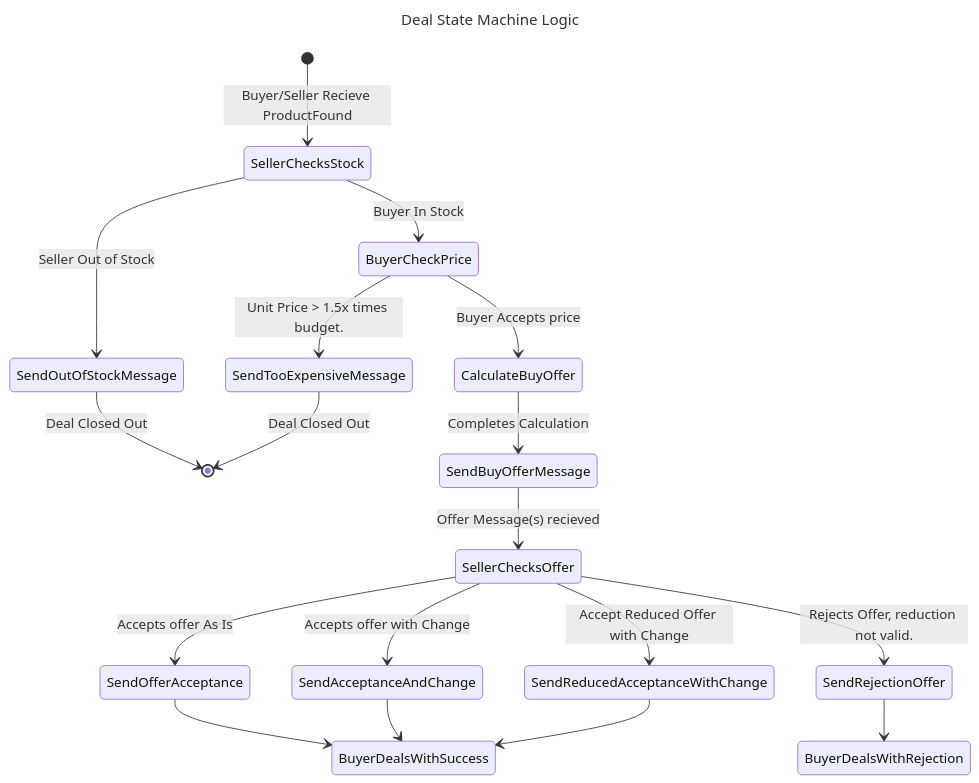
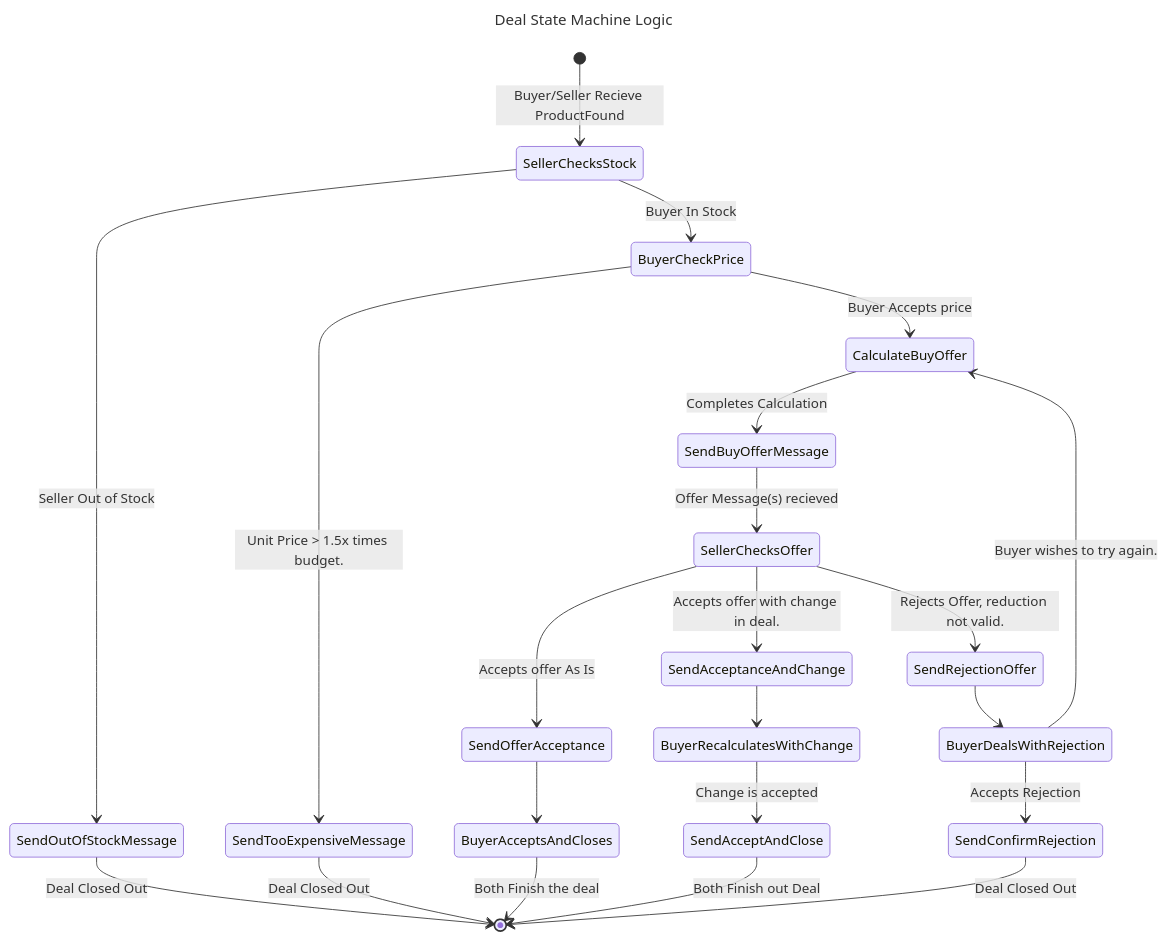
Before and after one commit to JeremyDaug/EconomicCalculator: the third of 3 diagrams in political_economy_core/src/objects/buy_and_sell_notes.md, drawn with Mermaid. The commit also changed 3 other files, not shown here.

````diff
--- a/political_economy_core/src/objects/buy_and_sell_notes.md
+++ b/political_economy_core/src/objects/buy_and_sell_notes.md
@@ -113,27 +113,35 @@
 ```mermaid
 ---
 title: Deal State Machine Logic
 ---
 stateDiagram-v2
     [*] --> SellerChecksStock: Buyer/Seller Recieve ProductFound
     SellerChecksStock --> SendOutOfStockMessage: Seller Out of Stock
     SendOutOfStockMessage --> [*]: Deal Closed Out
 
     SellerChecksStock --> BuyerCheckPrice: Buyer In Stock
     BuyerCheckPrice --> SendTooExpensiveMessage: Unit Price > 1.5x times budget.
     SendTooExpensiveMessage --> [*]: Deal Closed Out
 
     BuyerCheckPrice --> CalculateBuyOffer: Buyer Accepts price
     CalculateBuyOffer --> SendBuyOfferMessage: Completes Calculation
     SendBuyOfferMessage --> SellerChecksOffer: Offer Message(s) recieved
 
     SellerChecksOffer --> SendOfferAcceptance: Accepts offer As Is
-    SellerChecksOffer --> SendAcceptanceAndChange: Accepts offer with Change
-    SellerChecksOffer --> SendReducedAcceptanceWithChange: Accept Reduced Offer with Change
+    SellerChecksOffer --> SendAcceptanceAndChange: Accepts offer with change in deal.
     SellerChecksOffer --> SendRejectionOffer: Rejects Offer, reduction not valid.
 
-    SendOfferAcceptance --> BuyerDealsWithSuccess
-    SendAcceptanceAndChange --> BuyerDealsWithSuccess
-    SendReducedAcceptanceWithChange --> BuyerDealsWithSuccess
+    SendOfferAcceptance --> BuyerAcceptsAndCloses
+    SendAcceptanceAndChange --> BuyerRecalculatesWithChange
     SendRejectionOffer --> BuyerDealsWithRejection
+
+    BuyerRecalculatesWithChange --> SendAcceptAndClose: Change is accepted
+
+    SendAcceptAndClose --> [*]: Both Finish out Deal
+
+    BuyerDealsWithRejection --> CalculateBuyOffer: Buyer wishes to try again.
+    BuyerDealsWithRejection --> SendConfirmRejection: Accepts Rejection
+    SendConfirmRejection --> [*]: Deal Closed Out
+
+    BuyerAcceptsAndCloses --> [*]: Both Finish the deal
 ```
````
